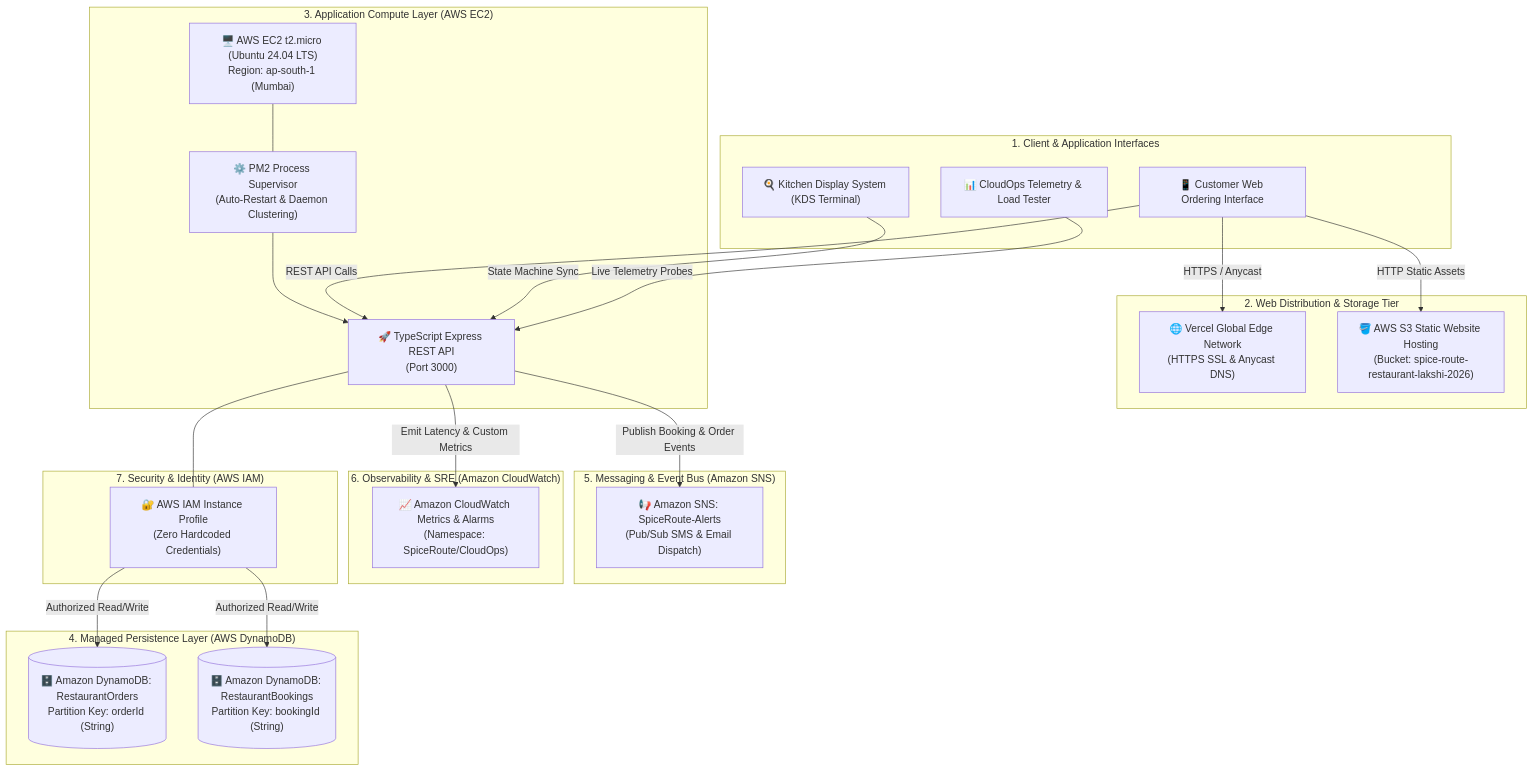
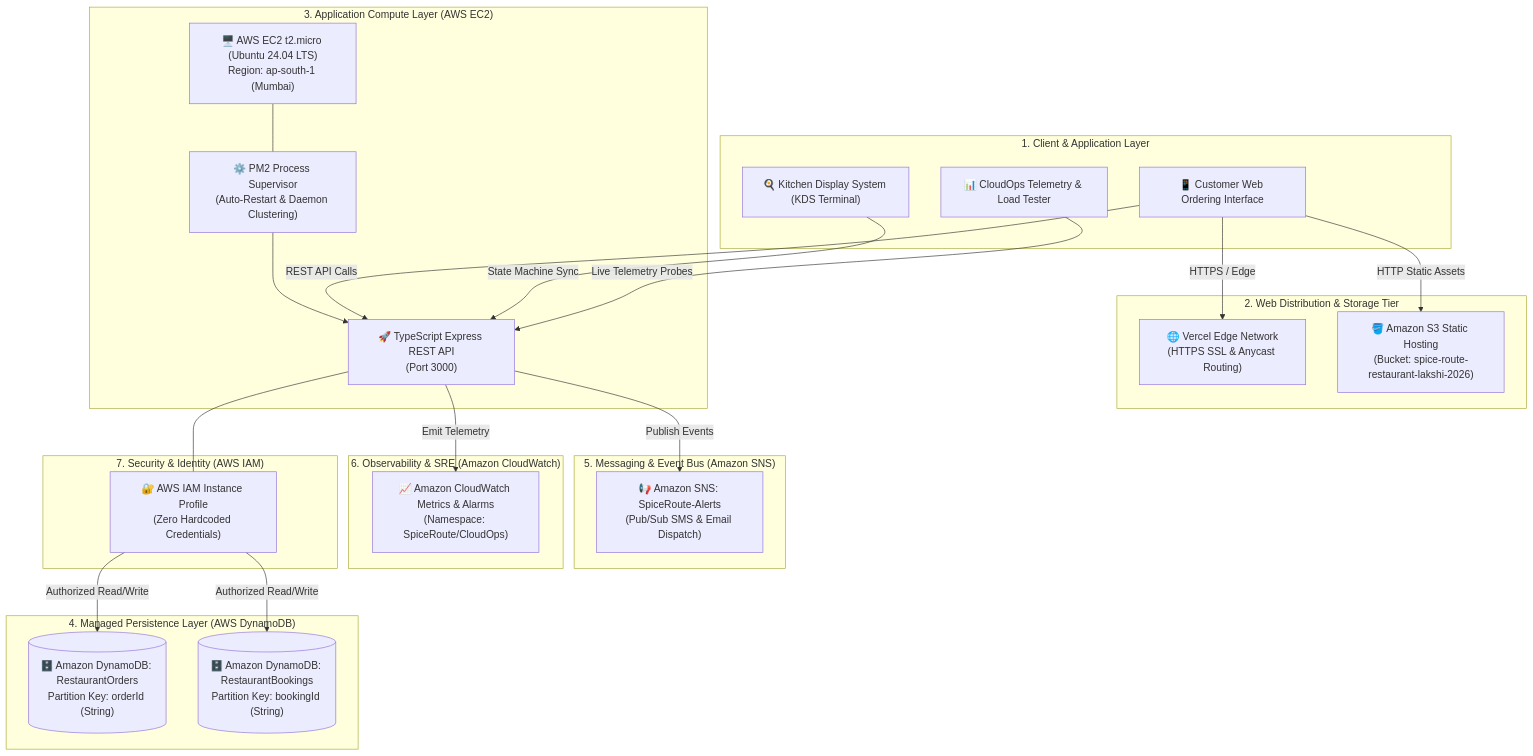
One commit to lakshiaharan/spice-route-restaurant changed the diagram in README.md. Above: the diagram before and after it, drawn with Mermaid. The commit also changed other lines of this file, not shown here.

Commit message:
docs: ground architecture claims, remove hardcoded IP, and overhaul README

````diff
--- a/README.md
+++ b/README.md
@@ -58,51 +58,51 @@
 ```mermaid
 flowchart TD
-    subgraph ClientLayer ["1. Client & Application Interfaces"]
+    subgraph ClientLayer ["1. Client & Application Layer"]
         CustomerApp["📱 Customer Web Ordering Interface"]
         KDSApp["🍳 Kitchen Display System (KDS Terminal)"]
         OpsDashboard["📊 CloudOps Telemetry & Load Tester"]
     end
 
     subgraph CDNLayer ["2. Web Distribution & Storage Tier"]
-        VercelEdge["🌐 Vercel Global Edge Network\n(HTTPS SSL & Anycast DNS)"]
-        S3Bucket["🪣 AWS S3 Static Website Hosting\n(Bucket: spice-route-restaurant-lakshi-2026)"]
+        VercelEdge["🌐 Vercel Edge Network\n(HTTPS SSL & Anycast Routing)"]
+        S3Bucket["🪣 Amazon S3 Static Hosting\n(Bucket: spice-route-restaurant-lakshi-2026)"]
     end
 
     subgraph ComputeLayer ["3. Application Compute Layer (AWS EC2)"]
         EC2Instance["🖥️ AWS EC2 t2.micro (Ubuntu 24.04 LTS)\nRegion: ap-south-1 (Mumbai)"]
         PM2Process["⚙️ PM2 Process Supervisor\n(Auto-Restart & Daemon Clustering)"]
         ExpressAPI["🚀 TypeScript Express REST API\n(Port 3000)"]
         
         EC2Instance --- PM2Process
         PM2Process --> ExpressAPI
     end
 
     subgraph DatabaseLayer ["4. Managed Persistence Layer (AWS DynamoDB)"]
         DDBOrders[("🗄️ Amazon DynamoDB: RestaurantOrders\nPartition Key: orderId (String)")]
         DDBBookings[("🗄️ Amazon DynamoDB: RestaurantBookings\nPartition Key: bookingId (String)")]
     end
 
     subgraph MessagingLayer ["5. Messaging & Event Bus (Amazon SNS)"]
         SNSTopic["📢 Amazon SNS: SpiceRoute-Alerts\n(Pub/Sub SMS & Email Dispatch)"]
     end
 
     subgraph MonitoringLayer ["6. Observability & SRE (Amazon CloudWatch)"]
         CloudWatchEngine["📈 Amazon CloudWatch Metrics & Alarms\n(Namespace: SpiceRoute/CloudOps)"]
     end
 
     subgraph SecurityLayer ["7. Security & Identity (AWS IAM)"]
         IAMRole["🔐 AWS IAM Instance Profile\n(Zero Hardcoded Credentials)"]
     end
 
-    CustomerApp -->|HTTPS / Anycast| VercelEdge
+    CustomerApp -->|HTTPS / Edge| VercelEdge
     CustomerApp -->|HTTP Static Assets| S3Bucket
     CustomerApp -->|REST API Calls| ExpressAPI
     KDSApp -->|State Machine Sync| ExpressAPI
     OpsDashboard -->|Live Telemetry Probes| ExpressAPI
 
     ExpressAPI --- IAMRole
     IAMRole -->|Authorized Read/Write| DDBOrders
     IAMRole -->|Authorized Read/Write| DDBBookings
-    ExpressAPI -->|Publish Booking & Order Events| SNSTopic
-    ExpressAPI -->|Emit Latency & Custom Metrics| CloudWatchEngine
+    ExpressAPI -->|Publish Events| SNSTopic
+    ExpressAPI -->|Emit Telemetry| CloudWatchEngine
 ```
````
